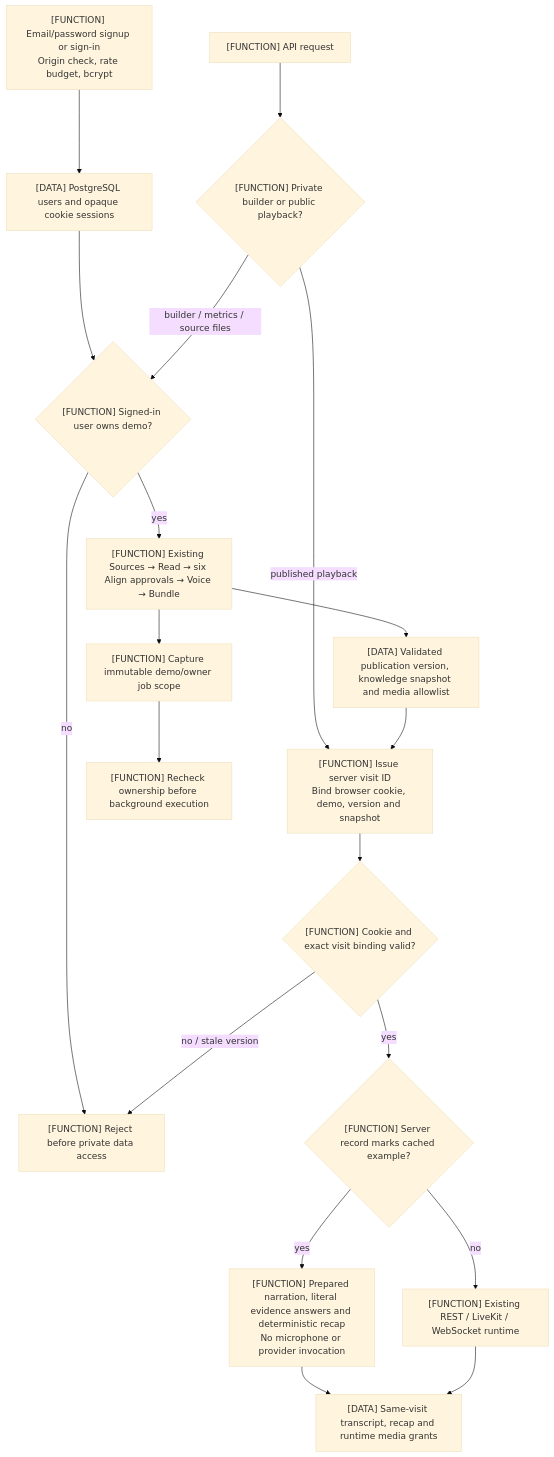
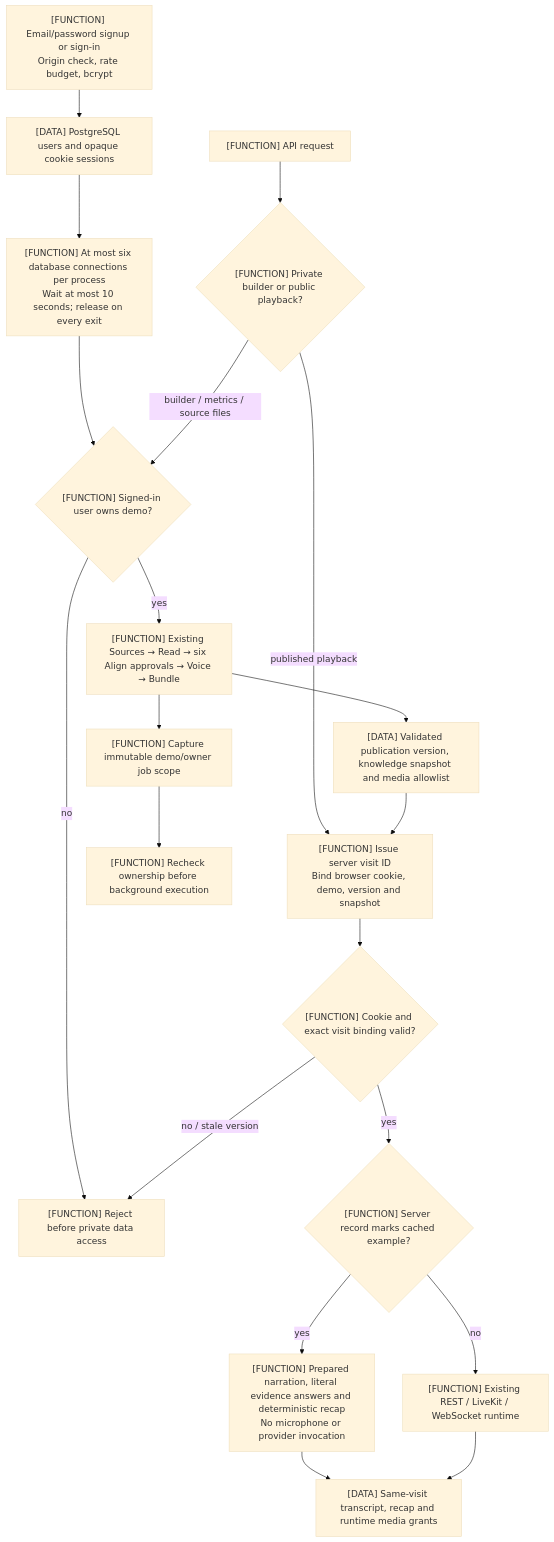
The diagram in docs/mermaid/09-portfolio-access.mmd (APareek89/demo-studio), drawn with Mermaid (base theme) before and after one commit. The commit also changed 7 other files, not shown here.

```diff
--- a/docs/mermaid/09-portfolio-access.mmd
+++ b/docs/mermaid/09-portfolio-access.mmd
@@ -1,20 +1,21 @@
 %% 09 · Portfolio creator and visitor access — 30 September 2026
 flowchart TD
   SIGNIN["[FUNCTION] Email/password signup or sign-in<br/>Origin check, rate budget, bcrypt"] --> SESSION["[DATA] PostgreSQL users and opaque cookie sessions"]
   REQUEST["[FUNCTION] API request"] --> GATE{"[FUNCTION] Private builder or public playback?"}
-  SESSION --> OWNER{"[FUNCTION] Signed-in user owns demo?"}
+  SESSION --> DBLIMIT["[FUNCTION] At most six database connections per process<br/>Wait at most 10 seconds; release on every exit"]
+  DBLIMIT --> OWNER{"[FUNCTION] Signed-in user owns demo?"}
   GATE -->|"builder / metrics / source files"| OWNER
   OWNER -->|"yes"| WORKFLOW["[FUNCTION] Existing Sources → Read → six Align approvals → Voice → Bundle"]
   OWNER -->|"no"| DENY["[FUNCTION] Reject before private data access"]
   WORKFLOW --> PUBLISH["[DATA] Validated publication version, knowledge snapshot and media allowlist"]
   GATE -->|"published playback"| VISIT["[FUNCTION] Issue server visit ID<br/>Bind browser cookie, demo, version and snapshot"]
   PUBLISH --> VISIT
   VISIT --> VERIFY{"[FUNCTION] Cookie and exact visit binding valid?"}
   VERIFY -->|"yes"| EXAMPLE{"[FUNCTION] Server record marks cached example?"}
   EXAMPLE -->|"yes"| CACHED["[FUNCTION] Prepared narration, literal evidence answers and deterministic recap<br/>No microphone or provider invocation"]
   CACHED --> SAVE
   EXAMPLE -->|"no"| RUNTIME["[FUNCTION] Existing REST / LiveKit / WebSocket runtime"]
   VERIFY -->|"no / stale version"| DENY
   RUNTIME --> SAVE["[DATA] Same-visit transcript, recap and runtime media grants"]
   WORKFLOW --> JOB["[FUNCTION] Capture immutable demo/owner job scope"]
   JOB --> CHECK["[FUNCTION] Recheck ownership before background execution"]
```
